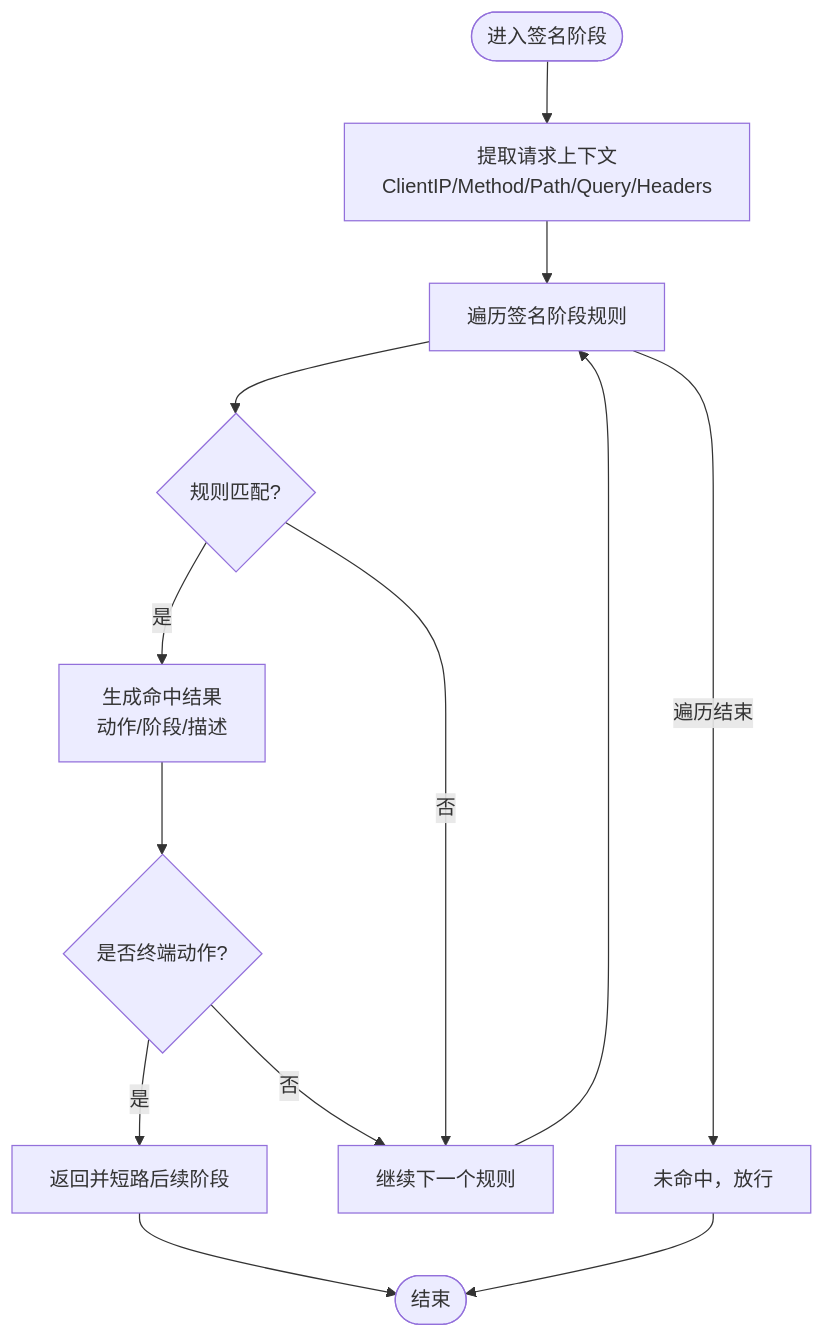
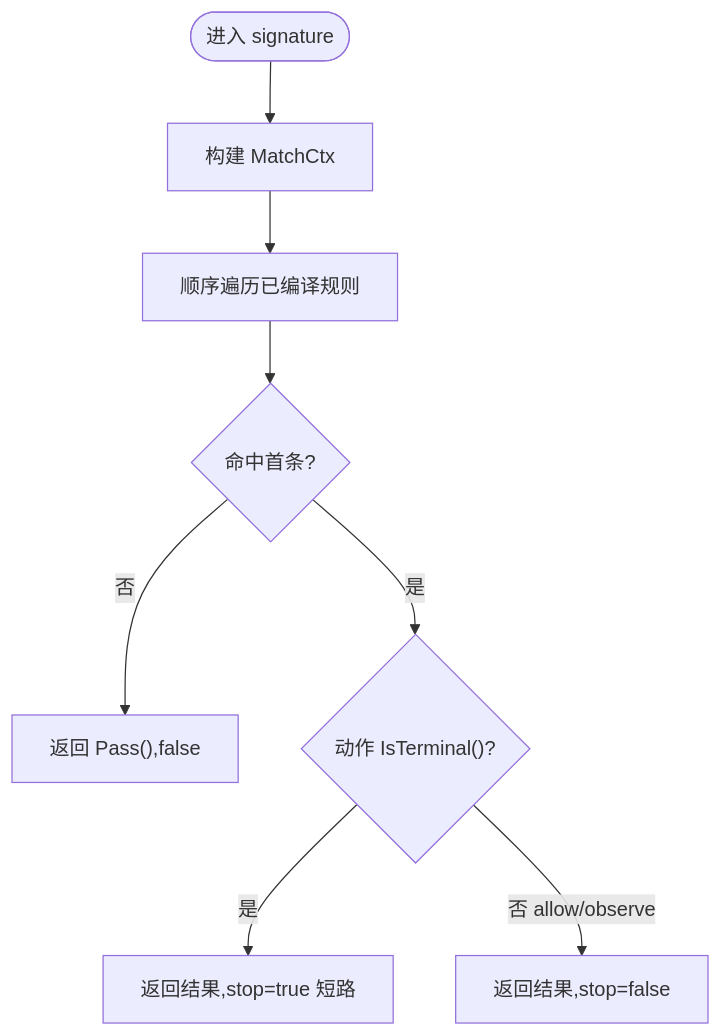
Before and after one commit to x01n/My-OpenWaf: the second of 4 diagrams in docs/WAF 引擎系统/处理阶段详解/签名检测阶段.md, drawn with Mermaid. The commit also changed other lines of this file and 622 other files, not shown here.

````diff
--- a/docs/WAF 引擎系统/处理阶段详解/签名检测阶段.md
+++ b/docs/WAF 引擎系统/处理阶段详解/签名检测阶段.md
@@ -134,15 +113,10 @@
 ```mermaid
 flowchart TD
-Start(["进入签名阶段"]) --> Ctx["提取请求上下文<br/>ClientIP/Method/Path/Query/Headers"]
-Ctx --> Loop["遍历签名阶段规则"]
-Loop --> Match{"规则匹配?"}
-Match --> |是| Hit["生成命中结果<br/>动作/阶段/描述"]
-Hit --> Terminal{"是否终端动作?"}
-Terminal --> |是| Return["返回并短路后续阶段"]
-Terminal --> |否| Next["继续下一个规则"]
-Match --> |否| Next
-Next --> Loop
-Loop --> |遍历结束| Pass["未命中，放行"]
-Return --> End(["结束"])
-Pass --> End
+Start(["进入 signature"]) --> Ctx["构建 MatchCtx"]
+Ctx --> Loop["顺序遍历已编译规则"]
+Loop --> Match{"命中首条?"}
+Match --> |否| Pass["返回 Pass(),false"]
+Match --> |是| Term{"动作 IsTerminal()?"}
+Term --> |是| Stop["返回结果,stop=true 短路"]
+Term --> |否 allow/observe| Cont["返回结果,stop=false"]
 ```
````
